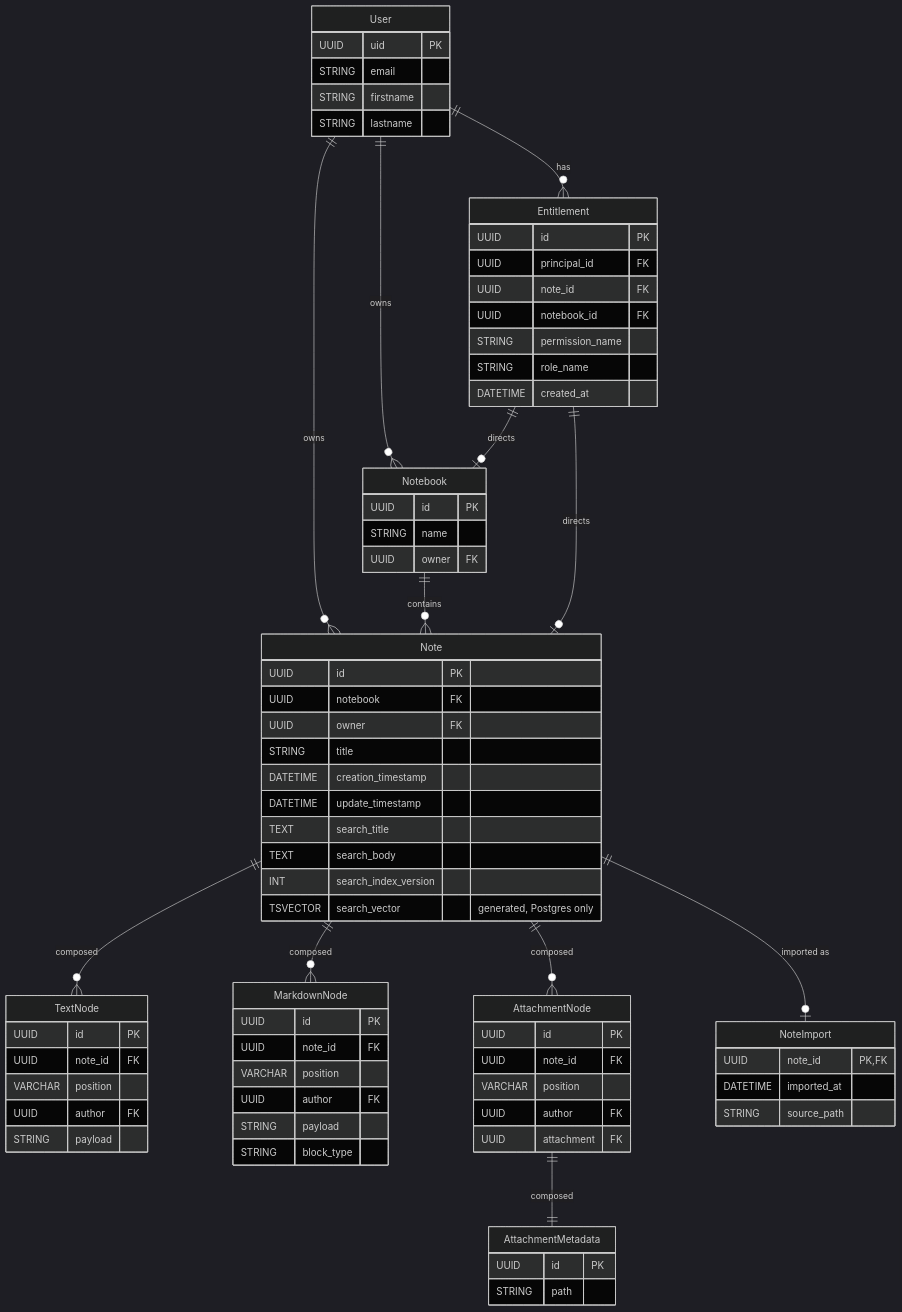
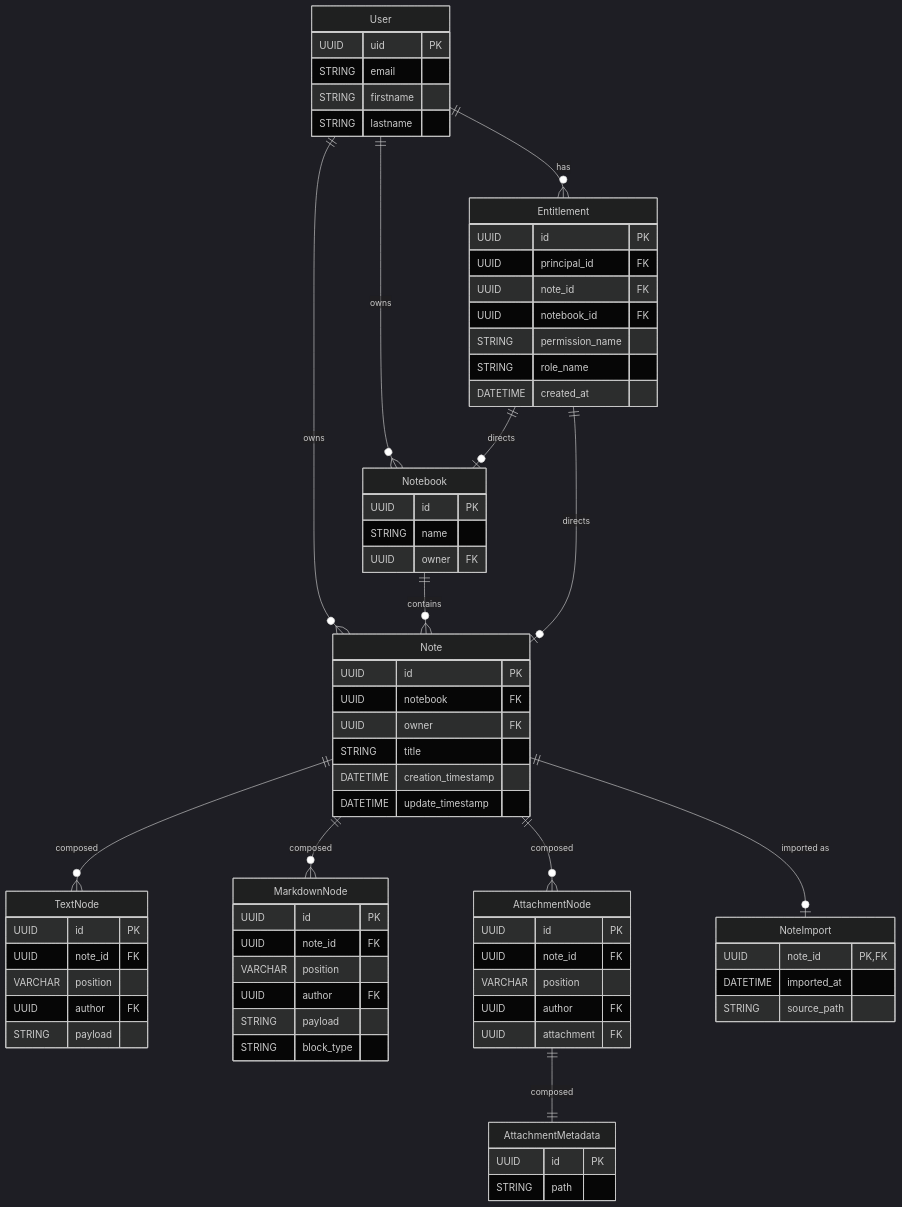
The diagram in docs/architecture/notesservice.md (fpacifici/assistant), drawn with Mermaid (dark theme) before and after one commit. The commit also changed other lines of this file and 12 other files, not shown here.

First line of the commit message:
Store the search index in its own tables, apart from notes

```diff
--- a/docs/architecture/notesservice.md
+++ b/docs/architecture/notesservice.md
@@ -43,10 +43,6 @@
         STRING title
         DATETIME creation_timestamp
         DATETIME update_timestamp
-        TEXT search_title
-        TEXT search_body
-        INT search_index_version
-        TSVECTOR search_vector "generated, Postgres only"
     }
 
     TextNode {
```
